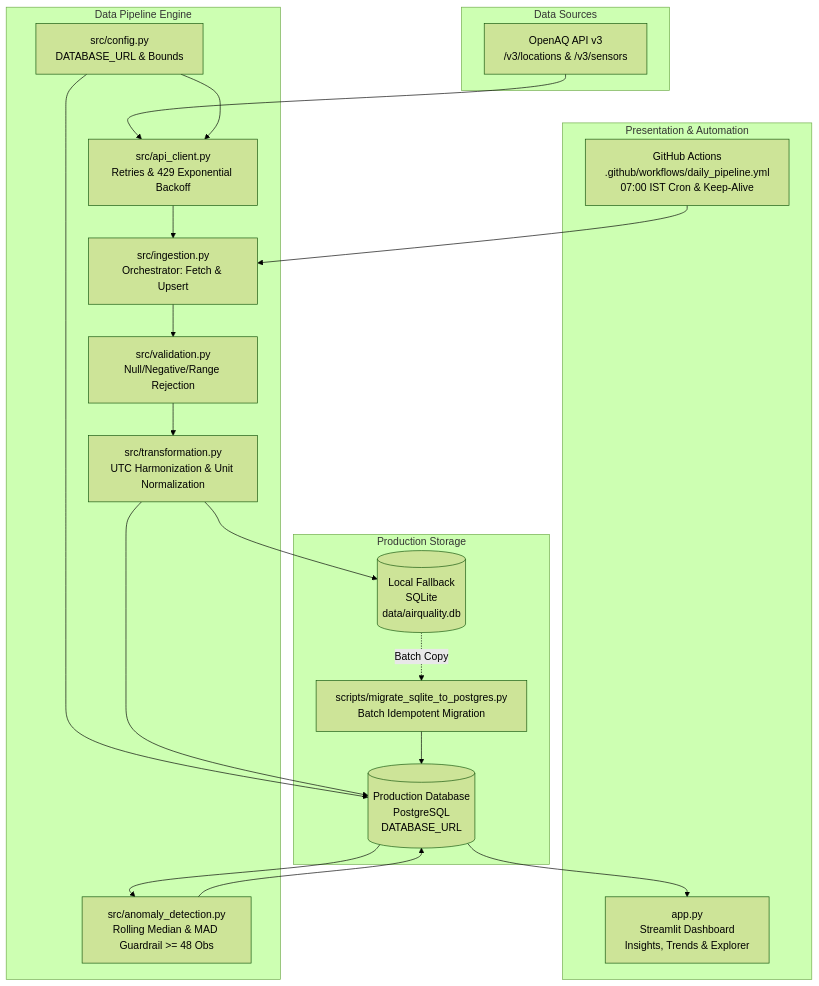
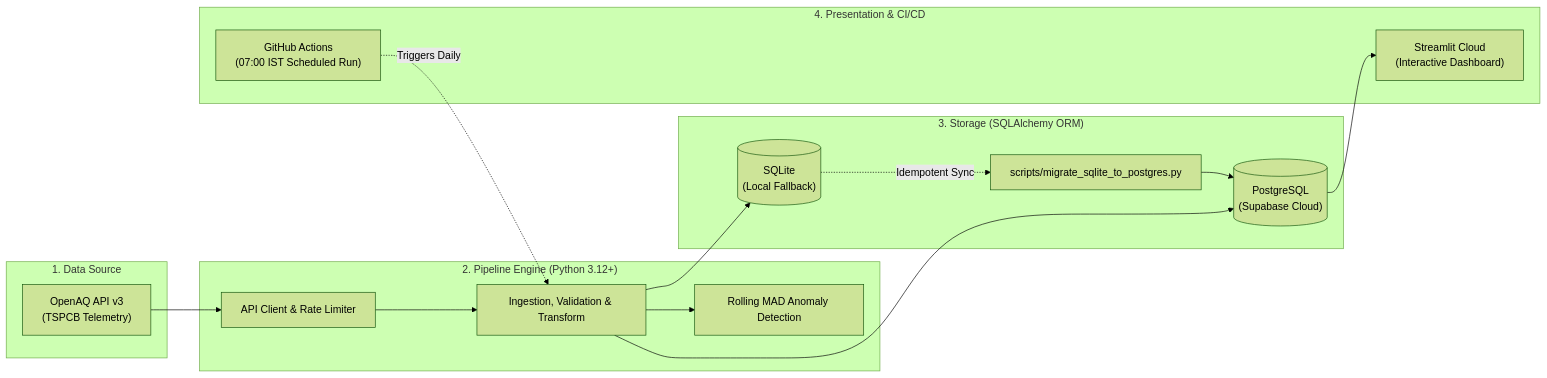
The diagram in README.md (mahendravelagapudi099-wq/hyderabad-air-quality-monitor), drawn with Mermaid (forest theme) before and after one commit. The commit also changed other lines of this file, not shown here.

Commit message:
docs: rename architecture section to End-to-End System Architecture and streamline Mermaid layout to compact LR

````diff
--- a/README.md
+++ b/README.md
@@ -15,41 +15,31 @@
 ```mermaid
-flowchart TD
-    subgraph Data Sources
-        OpenAQ[OpenAQ API v3\n/v3/locations & /v3/sensors]
+flowchart LR
+    subgraph S1["1. Data Source"]
+        OpenAQ["OpenAQ API v3\n(TSPCB Telemetry)"]
     end
 
-    subgraph Data Pipeline Engine
-        Config[src/config.py\nDATABASE_URL & Bounds]
-        Client[src/api_client.py\nRetries & 429 Exponential Backoff]
-        Ingest[src/ingestion.py\nOrchestrator: Fetch & Upsert]
-        Validate[src/validation.py\nNull/Negative/Range Rejection]
-        Transform[src/transformation.py\nUTC Harmonization & Unit Normalization]
-        Anomaly[src/anomaly_detection.py\nRolling Median & MAD Guardrail >= 48 Obs]
+    subgraph S2["2. Pipeline Engine (Python 3.12+)"]
+        Client["API Client & Rate Limiter"]
+        Pipeline["Ingestion, Validation & Transform"]
+        Anomaly["Rolling MAD Anomaly Detection"]
+        Client --> Pipeline --> Anomaly
     end
 
-    subgraph Production Storage
-        PG[(Production Database\nPostgreSQL\nDATABASE_URL)]
-        SQLite[(Local Fallback\nSQLite\ndata/airquality.db)]
-        Migration[scripts/migrate_sqlite_to_postgres.py\nBatch Idempotent Migration]
+    subgraph S3["3. Storage (SQLAlchemy ORM)"]
+        PG[("PostgreSQL\n(Supabase Cloud)")]
+        SQLite[("SQLite\n(Local Fallback)")]
+        Migrate["scripts/migrate_sqlite_to_postgres.py"]
+        SQLite -. Idempotent Sync .-> Migrate --> PG
     end
 
-    subgraph Presentation & Automation
-        Streamlit[app.py\nStreamlit Dashboard\nInsights, Trends & Explorer]
-        GHA[GitHub Actions\n.github/workflows/daily_pipeline.yml\n07:00 IST Cron & Keep-Alive]
+    subgraph S4["4. Presentation & CI/CD"]
+        GHA["GitHub Actions\n(07:00 IST Scheduled Run)"]
+        Streamlit["Streamlit Cloud\n(Interactive Dashboard)"]
     end
 
     OpenAQ --> Client
-    Config --> Client
-    Config --> PG
-    Client --> Ingest
-    Ingest --> Validate
-    Validate --> Transform
-    Transform --> PG
-    Transform --> SQLite
-    SQLite -. Batch Copy .-> Migration
-    Migration --> PG
-    PG --> Anomaly
-    Anomaly --> PG
+    Pipeline --> PG
+    Pipeline --> SQLite
     PG --> Streamlit
-    GHA --> Ingest
+    GHA -. Triggers Daily .-> Pipeline
 ```
````
